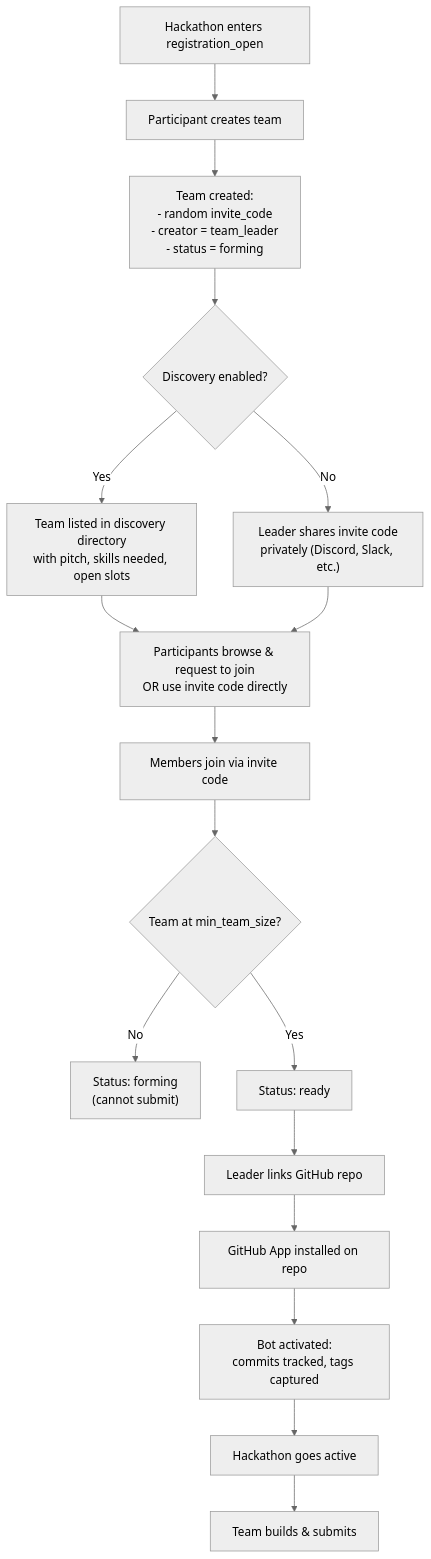
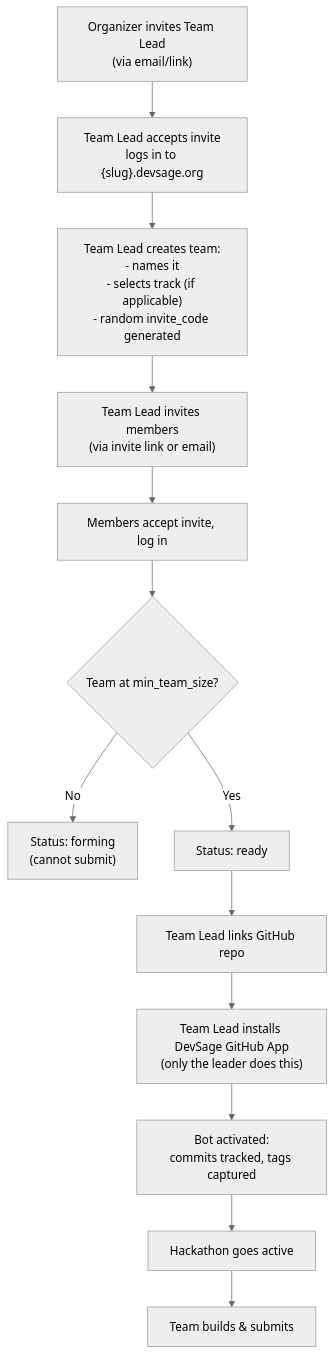
Before and after one commit to devangshupandey2025-stack/DevSage: the first of 11 diagrams in docs/v3/planned/team-management.md, drawn with Mermaid (neutral theme). The commit also changed other lines of this file, not shown here.

First line of the commit message:
docs(teams): switch to invite-only model, remove discovery and skills

````diff
--- a/docs/v3/planned/team-management.md
+++ b/docs/v3/planned/team-management.md
@@ -49,19 +45,15 @@
 ```mermaid
 flowchart TD
-    A["Hackathon enters registration_open"] --> B["Participant creates team"]
-    B --> C["Team created:<br/>- random invite_code<br/>- creator = team_leader<br/>- status = forming"]
-    C --> D{Discovery enabled?}
-    D -->|Yes| E["Team listed in discovery directory<br/>with pitch, skills needed, open slots"]
-    D -->|No| F["Leader shares invite code<br/>privately (Discord, Slack, etc.)"]
-    E --> G["Participants browse & request to join<br/>OR use invite code directly"]
-    F --> G
-    G --> H["Members join via invite code"]
-    H --> I{Team at min_team_size?}
-    I -->|No| J["Status: forming<br/>(cannot submit)"]
-    I -->|Yes| K["Status: ready"]
-    K --> L["Leader links GitHub repo"]
-    L --> M["GitHub App installed on repo"]
-    M --> N["Bot activated:<br/>commits tracked, tags captured"]
-    N --> O["Hackathon goes active"]
-    O --> P["Team builds & submits"]
+    A["Organizer invites Team Lead<br/>(via email/link)"] --> B["Team Lead accepts invite<br/>logs in to {slug}.devsage.org"]
+    B --> C["Team Lead creates team:<br/>- names it<br/>- selects track (if applicable)<br/>- random invite_code generated"]
+    C --> D["Team Lead invites members<br/>(via invite link or email)"]
+    D --> E["Members accept invite, log in"]
+    E --> F{Team at min_team_size?}
+    F -->|No| G["Status: forming<br/>(cannot submit)"]
+    F -->|Yes| H["Status: ready"]
+    H --> I["Team Lead links GitHub repo"]
+    I --> J["Team Lead installs DevSage GitHub App<br/>(only the leader does this)"]
+    J --> K["Bot activated:<br/>commits tracked, tags captured"]
+    K --> L["Hackathon goes active"]
+    L --> M["Team builds & submits"]
 ```
````
